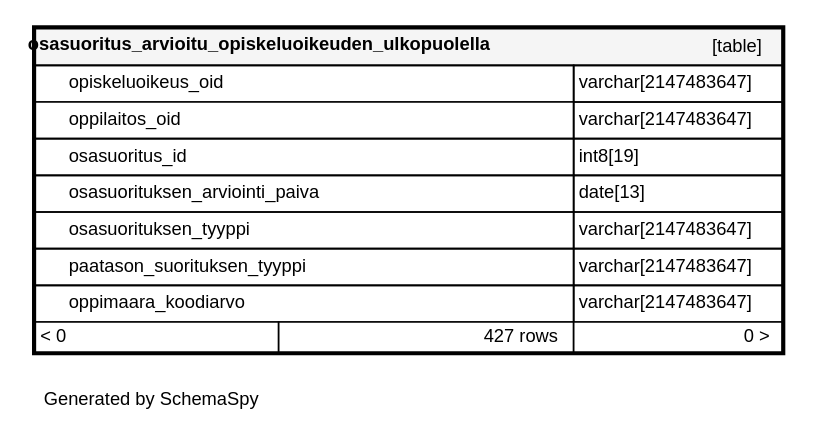
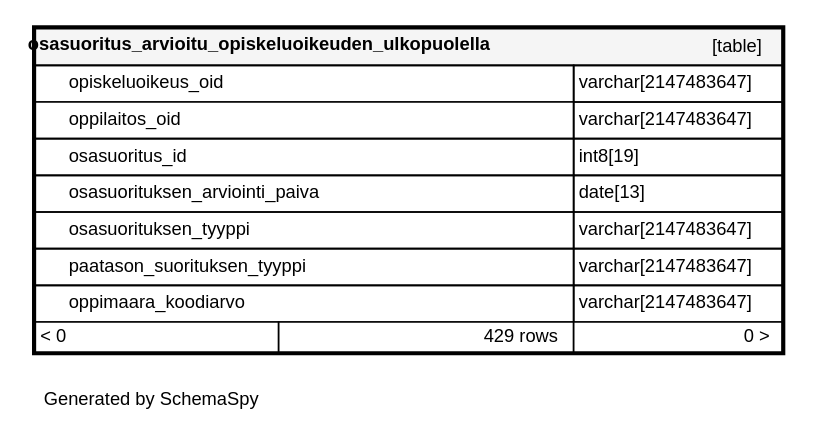
Before and after one commit to Opetushallitus/koski: the diagram in documentation/tietokantaskeemat/koski-raportointikanta/diagrams/tables/osasuoritus_arvioitu_opiskeluoi_6ab95832.1degree.dot, drawn with Graphviz. The commit also changed 84 other files, not shown here.

```diff
--- a/documentation/tietokantaskeemat/koski-raportointikanta/diagrams/tables/osasuoritus_arvioitu_opiskeluoi_6ab95832.1degree.dot
+++ b/documentation/tietokantaskeemat/koski-raportointikanta/diagrams/tables/osasuoritus_arvioitu_opiskeluoi_6ab95832.1degree.dot
@@ -1,20 +1,20 @@
 digraph "oneDegreeRelationshipsDiagram" {
   graph [    rankdir="RL"    bgcolor="#ffffff"    label="\nGenerated by SchemaSpy"    labeljust="l"    nodesep="0.18"    ranksep="0.46"    fontname="Helvetica"    fontsize="11"    ration="compress"  ];  node [    fontname="Helvetica"    fontsize="11"    shape="plaintext"  ];  edge [    arrowsize="0.8"  ];
   "osasuoritus_arvioitu_opiskeluoikeuden_ulkopuolella" [
    label=<
     <TABLE BORDER="2" CELLBORDER="1" CELLSPACING="0" BGCOLOR="#ffffff">
       <TR><TD COLSPAN="4"  BGCOLOR="#f5f5f5"><TABLE BORDER="0" CELLSPACING="0"><TR><TD ALIGN="LEFT" FIXEDSIZE="TRUE" WIDTH="302" HEIGHT="16"><B>osasuoritus_arvioitu_opiskeluoikeuden_ulkopuolella</B></TD><TD ALIGN="RIGHT">[table]</TD></TR></TABLE></TD></TR>
       <TR><TD PORT="opiskeluoikeus_oid" COLSPAN="2" ALIGN="LEFT"><TABLE BORDER="0" CELLSPACING="0" ALIGN="LEFT"><TR ALIGN="LEFT"><TD ALIGN="LEFT" FIXEDSIZE="TRUE" WIDTH="15" HEIGHT="16"></TD><TD ALIGN="LEFT" FIXEDSIZE="TRUE" WIDTH="302" HEIGHT="16">opiskeluoikeus_oid</TD></TR></TABLE></TD><TD PORT="opiskeluoikeus_oid.type" ALIGN="LEFT">varchar[2147483647]</TD></TR>
       <TR><TD PORT="oppilaitos_oid" COLSPAN="2" BGCOLOR="#ffffff" ALIGN="LEFT"><TABLE BORDER="0" CELLSPACING="0" ALIGN="LEFT"><TR ALIGN="LEFT"><TD ALIGN="LEFT" FIXEDSIZE="TRUE" WIDTH="15" HEIGHT="16"></TD><TD ALIGN="LEFT" FIXEDSIZE="TRUE" WIDTH="302" HEIGHT="16">oppilaitos_oid</TD></TR></TABLE></TD><TD PORT="oppilaitos_oid.type" ALIGN="LEFT">varchar[2147483647]</TD></TR>
       <TR><TD PORT="osasuoritus_id" COLSPAN="2" ALIGN="LEFT"><TABLE BORDER="0" CELLSPACING="0" ALIGN="LEFT"><TR ALIGN="LEFT"><TD ALIGN="LEFT" FIXEDSIZE="TRUE" WIDTH="15" HEIGHT="16"></TD><TD ALIGN="LEFT" FIXEDSIZE="TRUE" WIDTH="302" HEIGHT="16">osasuoritus_id</TD></TR></TABLE></TD><TD PORT="osasuoritus_id.type" ALIGN="LEFT">int8[19]</TD></TR>
       <TR><TD PORT="osasuorituksen_arviointi_paiva" COLSPAN="2" ALIGN="LEFT"><TABLE BORDER="0" CELLSPACING="0" ALIGN="LEFT"><TR ALIGN="LEFT"><TD ALIGN="LEFT" FIXEDSIZE="TRUE" WIDTH="15" HEIGHT="16"></TD><TD ALIGN="LEFT" FIXEDSIZE="TRUE" WIDTH="302" HEIGHT="16">osasuorituksen_arviointi_paiva</TD></TR></TABLE></TD><TD PORT="osasuorituksen_arviointi_paiva.type" ALIGN="LEFT">date[13]</TD></TR>
       <TR><TD PORT="osasuorituksen_tyyppi" COLSPAN="2" ALIGN="LEFT"><TABLE BORDER="0" CELLSPACING="0" ALIGN="LEFT"><TR ALIGN="LEFT"><TD ALIGN="LEFT" FIXEDSIZE="TRUE" WIDTH="15" HEIGHT="16"></TD><TD ALIGN="LEFT" FIXEDSIZE="TRUE" WIDTH="302" HEIGHT="16">osasuorituksen_tyyppi</TD></TR></TABLE></TD><TD PORT="osasuorituksen_tyyppi.type" ALIGN="LEFT">varchar[2147483647]</TD></TR>
       <TR><TD PORT="paatason_suorituksen_tyyppi" COLSPAN="2" ALIGN="LEFT"><TABLE BORDER="0" CELLSPACING="0" ALIGN="LEFT"><TR ALIGN="LEFT"><TD ALIGN="LEFT" FIXEDSIZE="TRUE" WIDTH="15" HEIGHT="16"></TD><TD ALIGN="LEFT" FIXEDSIZE="TRUE" WIDTH="302" HEIGHT="16">paatason_suorituksen_tyyppi</TD></TR></TABLE></TD><TD PORT="paatason_suorituksen_tyyppi.type" ALIGN="LEFT">varchar[2147483647]</TD></TR>
       <TR><TD PORT="oppimaara_koodiarvo" COLSPAN="2" ALIGN="LEFT"><TABLE BORDER="0" CELLSPACING="0" ALIGN="LEFT"><TR ALIGN="LEFT"><TD ALIGN="LEFT" FIXEDSIZE="TRUE" WIDTH="15" HEIGHT="16"></TD><TD ALIGN="LEFT" FIXEDSIZE="TRUE" WIDTH="302" HEIGHT="16">oppimaara_koodiarvo</TD></TR></TABLE></TD><TD PORT="oppimaara_koodiarvo.type" ALIGN="LEFT">varchar[2147483647]</TD></TR>
-      <TR><TD ALIGN="LEFT" BGCOLOR="#ffffff">&lt; 0</TD><TD ALIGN="RIGHT" BGCOLOR="#ffffff">427 rows</TD><TD ALIGN="RIGHT" BGCOLOR="#ffffff">0 &gt;</TD></TR>
+      <TR><TD ALIGN="LEFT" BGCOLOR="#ffffff">&lt; 0</TD><TD ALIGN="RIGHT" BGCOLOR="#ffffff">429 rows</TD><TD ALIGN="RIGHT" BGCOLOR="#ffffff">0 &gt;</TD></TR>
     </TABLE>>
     URL="../../tables/osasuoritus_arvioitu_opiskeluoi_6ab95832.html"
     target="_top"
     tooltip="osasuoritus_arvioitu_opiskeluoikeuden_ulkopuolella"
   ];
 }
```
